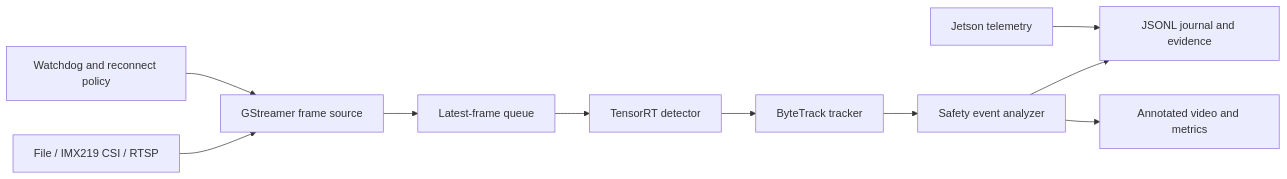
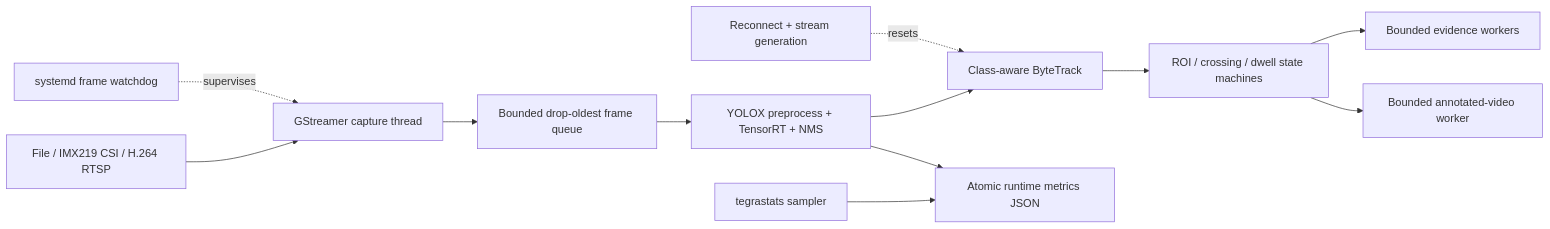
Before and after one commit to Nefelibata134/jetson-realtime-tracking-system: the diagram in README.md, drawn with Mermaid. The commit also changed other lines of this file and 6 other files, not shown here.

````diff
--- a/README.md
+++ b/README.md
@@ -9,12 +62,14 @@
 ```mermaid
 flowchart LR
-    A["File / IMX219 CSI / RTSP"] --> B["GStreamer frame source"]
-    B --> C["Latest-frame queue"]
-    C --> D["TensorRT detector"]
-    D --> E["ByteTrack tracker"]
-    E --> F["Safety event analyzer"]
-    F --> G["JSONL journal and evidence"]
-    F --> J["Annotated video and metrics"]
-    H["Jetson telemetry"] --> G
-    I["Watchdog and reconnect policy"] --> B
+    A["File / IMX219 CSI / H.264 RTSP"] --> B["GStreamer capture thread"]
+    B --> C["Bounded drop-oldest frame queue"]
+    C --> D["YOLOX preprocess + TensorRT + NMS"]
+    D --> E["Class-aware ByteTrack"]
+    E --> F["ROI / crossing / dwell state machines"]
+    F --> G["Bounded evidence workers"]
+    F --> H["Bounded annotated-video worker"]
+    I["tegrastats sampler"] --> J["Atomic runtime metrics JSON"]
+    D --> J
+    K["systemd frame watchdog"] -. supervises .-> B
+    L["Reconnect + stream generation"] -. resets .-> E
 ```
````
